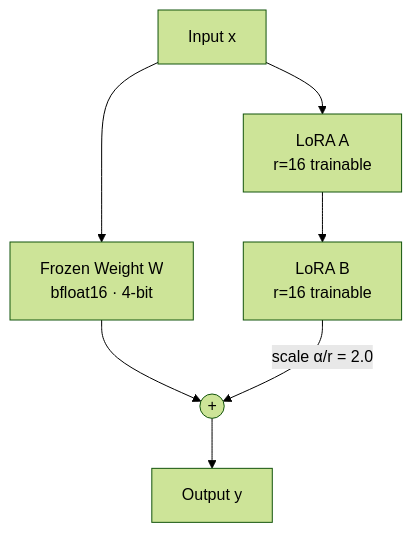
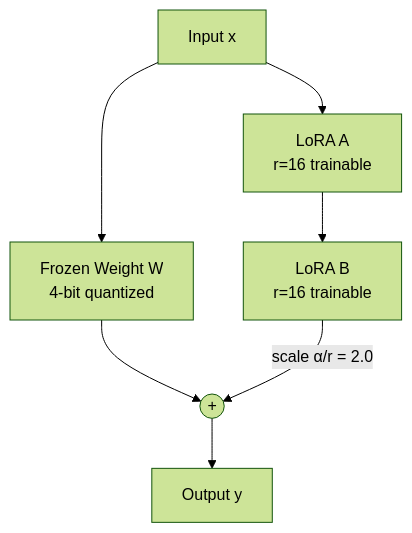
Before and after one commit to nasim-raj-laskar/QwenDrive-QLoRA: the third of 4 diagrams in README.md, drawn with Mermaid (forest theme). The commit also changed other lines of this file, not shown here.

````diff
--- a/README.md
+++ b/README.md
@@ -71,9 +72,9 @@
 ```mermaid
 flowchart TB
-    X[Input x] --> W[Frozen Weight W\nbfloat16 · 4-bit]
+    X[Input x] --> W[Frozen Weight W\n4-bit quantized]
     X --> A[LoRA A\nr=16  trainable]
     A --> B[LoRA B\nr=16  trainable]
     W --> Add((+))
     B -->|scale α/r = 2.0| Add
     Add --> Y[Output y]
 ```
````
